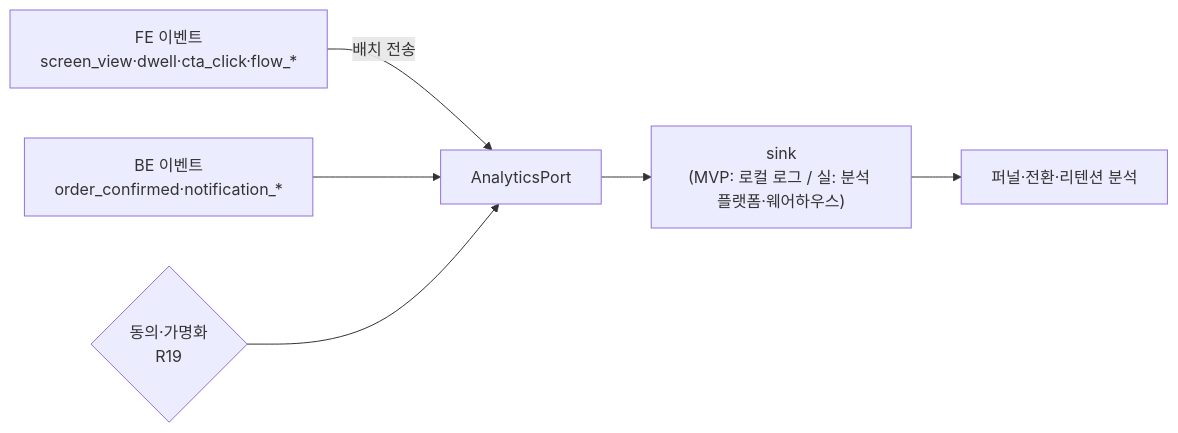
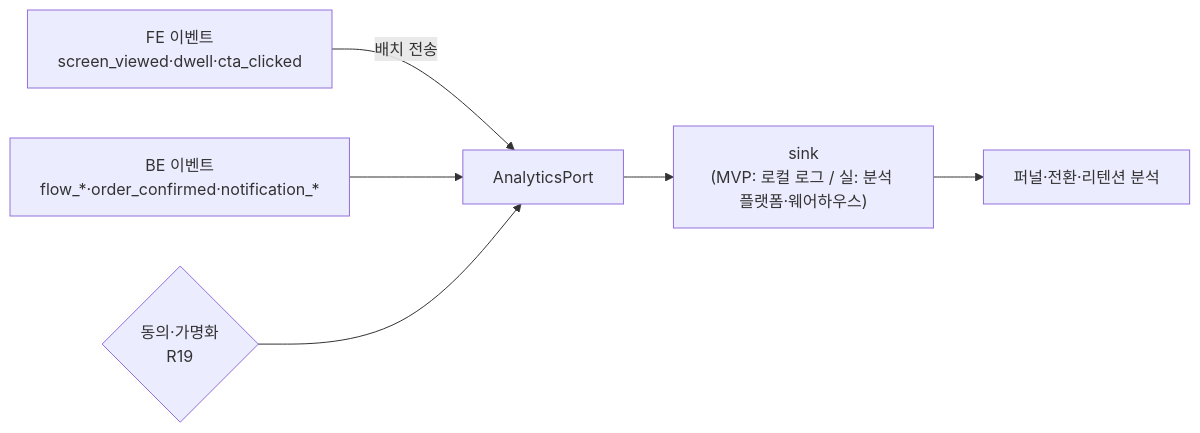
Before and after one commit to 92LEEJUN/rubicon-3: the fifth of 5 diagrams in docs/architecture.md, drawn with Mermaid. The commit also changed other lines of this file and 6 other files, not shown here.

First line of the commit message:
doc(analytics): 택소노미 보강 — 기여 모델·스키마 견고성·에러 이벤트

````diff
--- a/docs/architecture.md
+++ b/docs/architecture.md
@@ -384,8 +384,8 @@
 ```mermaid
 flowchart LR
-  FE["FE 이벤트<br/>screen_view·dwell·cta_click·flow_*"] -->|배치 전송| AP[AnalyticsPort]
-  BE["BE 이벤트<br/>order_confirmed·notification_*"] --> AP
+  FE["FE 이벤트<br/>screen_viewed·dwell·cta_clicked"] -->|배치 전송| AP[AnalyticsPort]
+  BE["BE 이벤트<br/>flow_*·order_confirmed·notification_*"] --> AP
   CONS{동의·가명화<br/>R19} --> AP
   AP --> SINK["sink<br/>(MVP: 로컬 로그 / 실: 분석 플랫폼·웨어하우스)"]
   SINK --> F[퍼널·전환·리텐션 분석]
 ```
````
